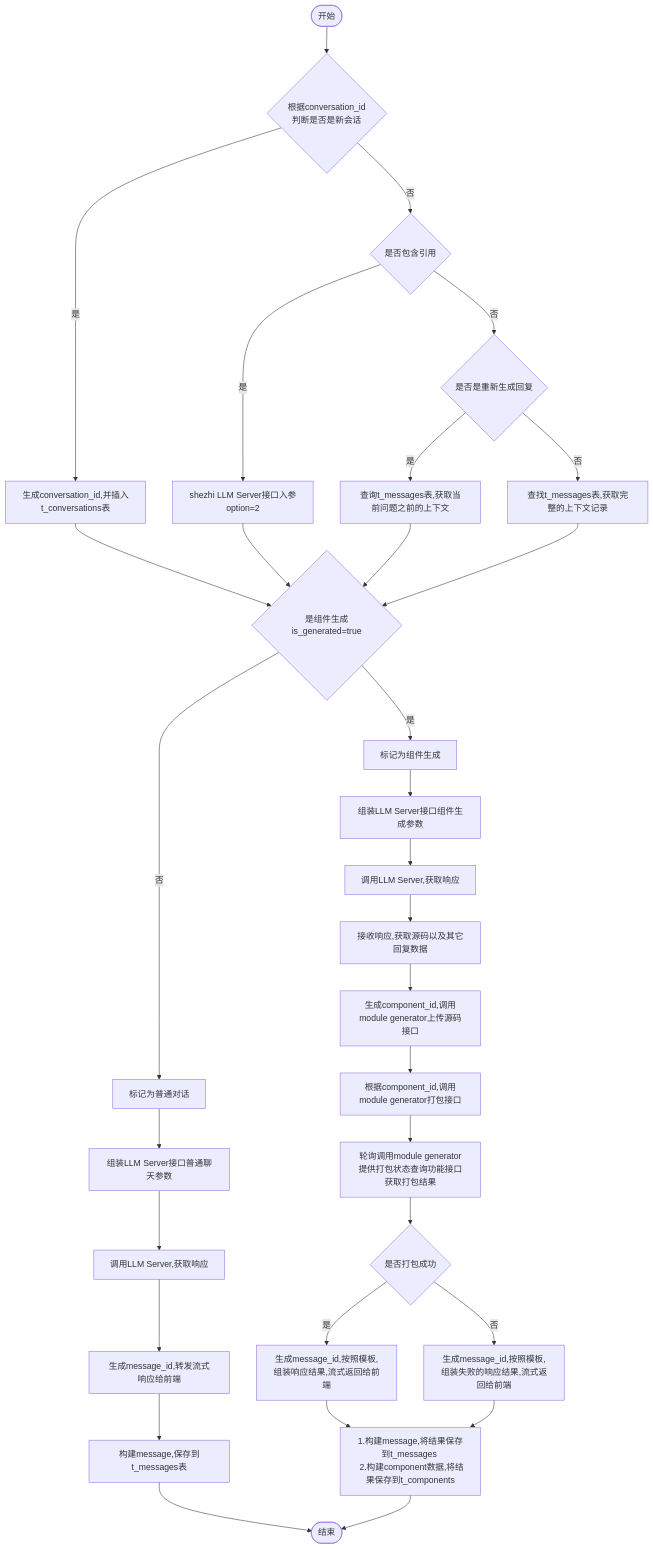
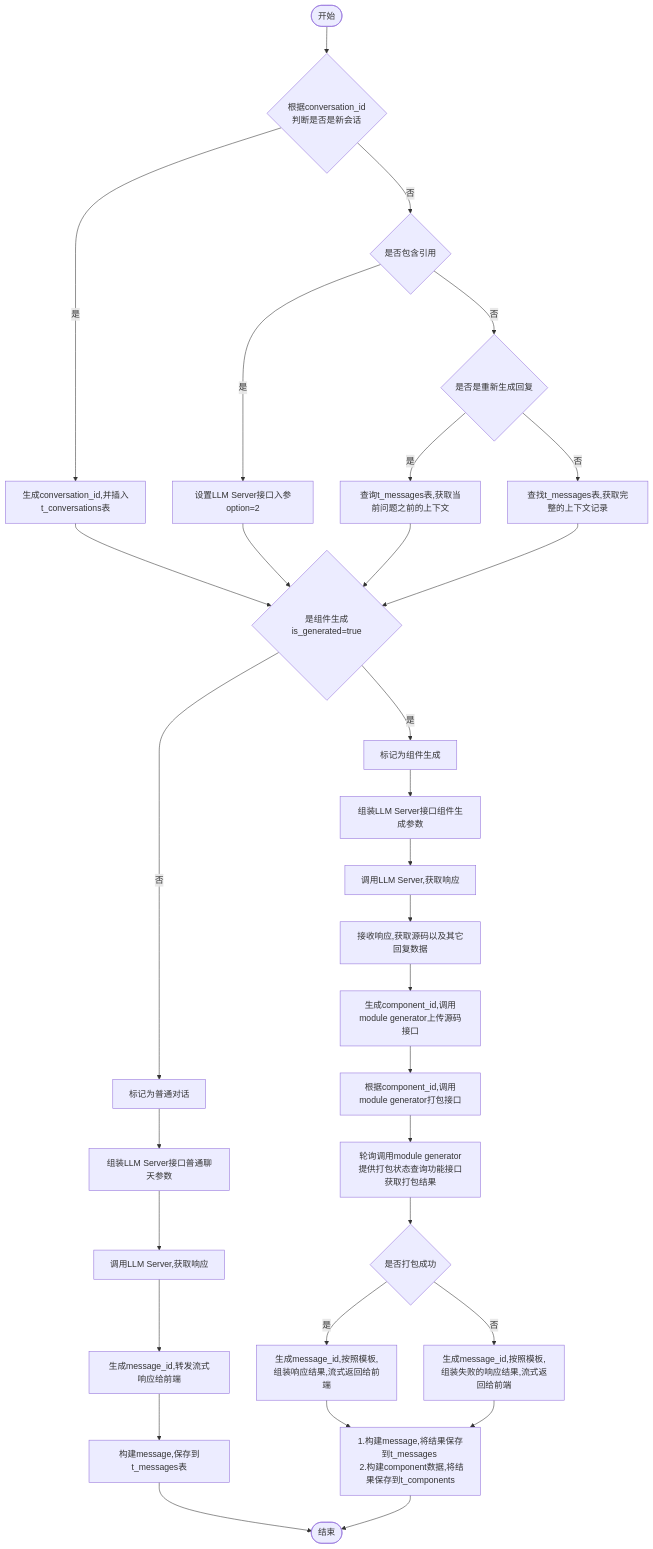
Before and after one commit to yingjianzh/iodraw-files: the diagram in all/w3-会话-不需要传递message.md, drawn with Mermaid.

Commit message:
2024-10-14 11:06:29 update

````diff
--- a/all/w3-会话-不需要传递message.md
+++ b/all/w3-会话-不需要传递message.md
@@ -1,35 +1,35 @@
 ```mermaid
 flowchart TD
     A([开始]) --> B{根据conversation_id \n 判断是否是新会话}
     B -- 是 --> C[生成conversation_id,并插入t_conversations表]
     B -- 否 --> D{是否包含引用}
-    D -- 是 --> E[shezhi LLM Server接口入参option=2]
+    D -- 是 --> E[设置LLM Server接口入参option=2]
     D -- 否 --> F{是否是重新生成回复}
     F -- 是 --> G[查询t_messages表,获取当前问题之前的上下文]
     F -- 否 --> H[查找t_messages表,获取完整的上下文记录]
      
     C & E & G & H --> I{是组件生成is_generated=true}
     I -- 是 --> J[标记为组件生成]
     I -- 否 --> K[标记为普通对话]
 
 
     J --> L[组装LLM Server接口组件生成参数]    
     K --> M[组装LLM Server接口普通聊天参数]    
     M --> N[调用LLM Server,获取响应]    
     N --> O[生成message_id,转发流式响应给前端]
     O --> P[构建message,保存到t_messages表]
     P --> R([结束])
 
 
     L --> S[调用LLM Server,获取响应]
     S --> T[接收响应,获取源码以及其它回复数据]
     T --> U[生成component_id,调用module generator上传源码接口]
     U --> V[根据component_id,调用module generator打包接口]
     V --> W[轮询调用module generator提供打包状态查询功能接口获取打包结果]
     W --> X{是否打包成功}
     X -- 是 --> Y[生成message_id,按照模板,组装响应结果,流式返回给前端]
     X -- 否 --> Z[生成message_id,按照模板,组装失败的响应结果,流式返回给前端]
 
     Y & Z --> Result[1.构建message,将结果保存到t_messages \n 2.构建component数据,将结果保存到t_components]
     Result --> R
 ```
````
